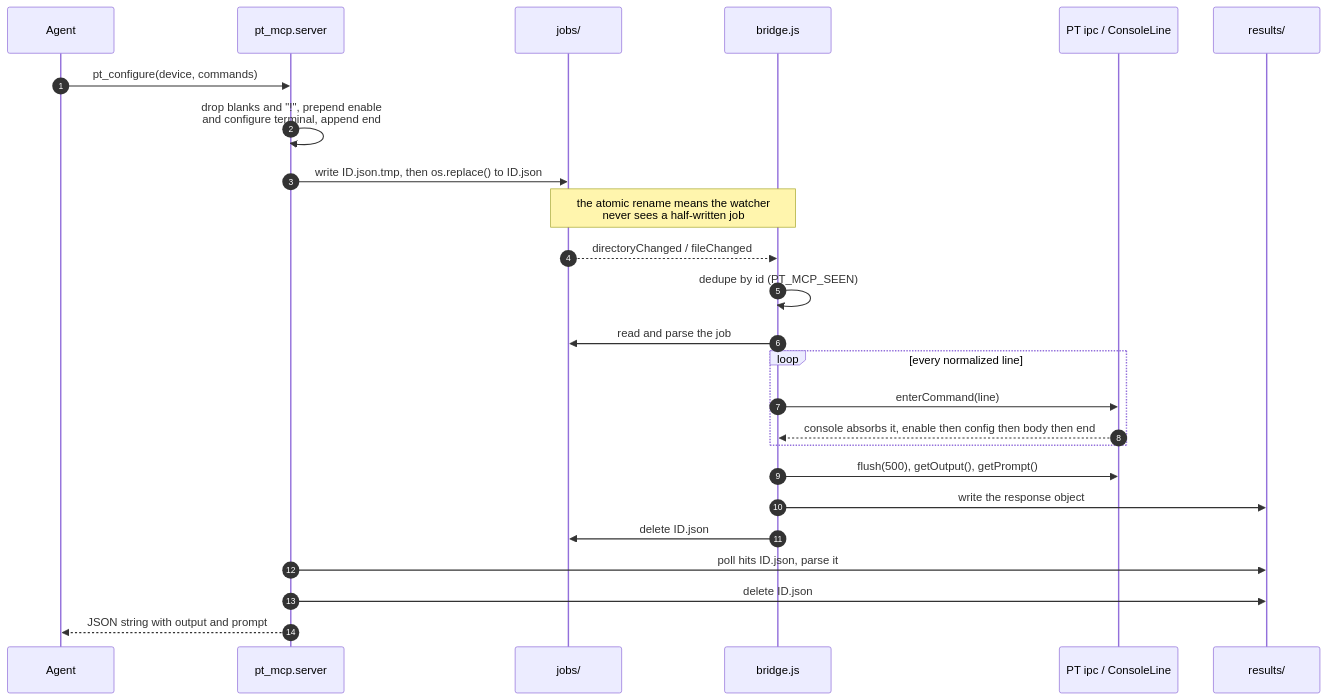
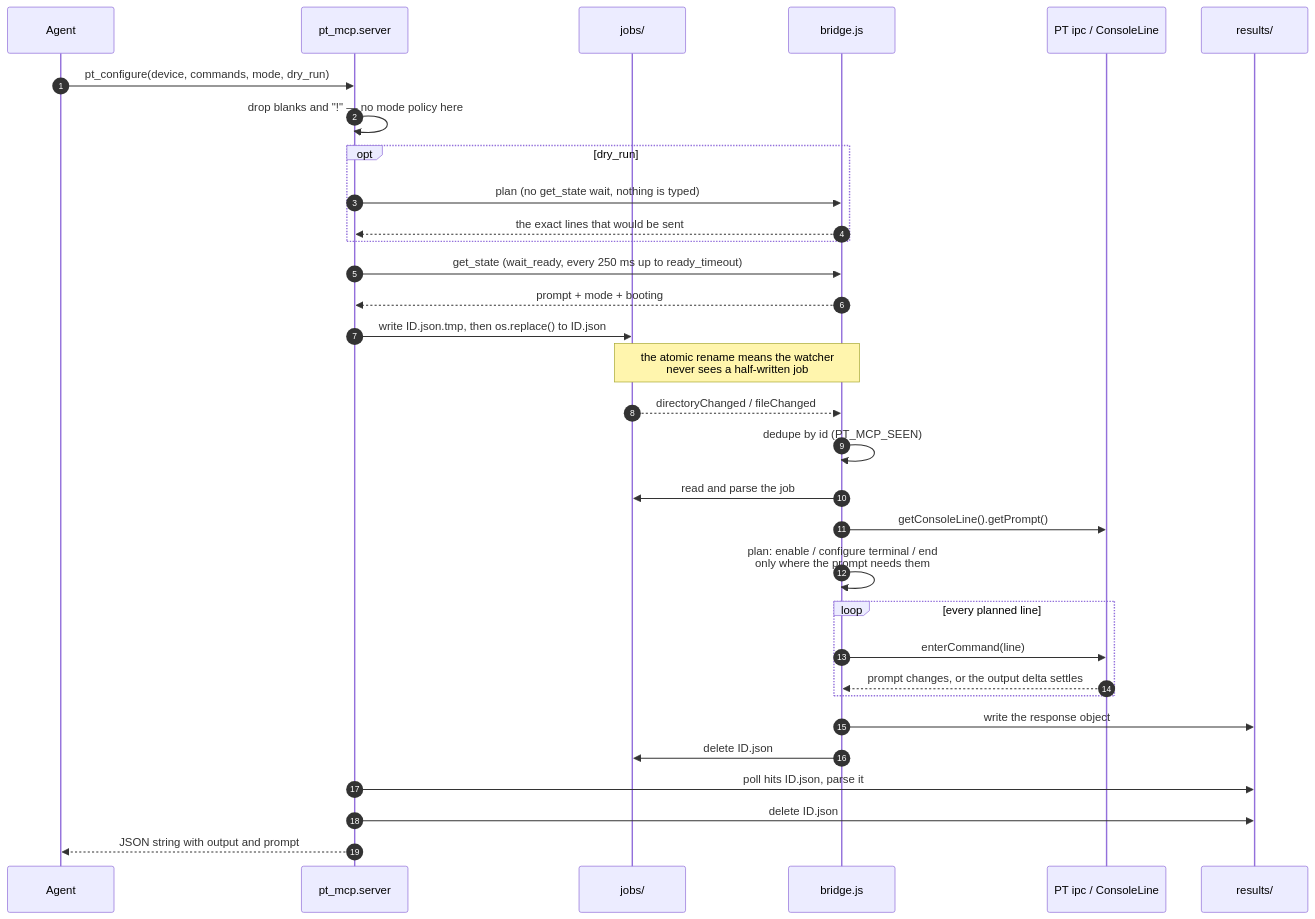
The second of 2 diagrams in docs/architecture.md (psampir/packet-tracer-mcp), drawn with Mermaid before and after one commit. The commit also changed other lines of this file and 18 other files, not shown here.

````diff
--- a/docs/architecture.md
+++ b/docs/architecture.md
@@ -129,28 +130,35 @@
 ```mermaid
 sequenceDiagram
     autonumber
     participant A as Agent
     participant S as pt_mcp.server
     participant J as jobs/
     participant B as bridge.js
     participant P as PT ipc / ConsoleLine
     participant R as results/
 
-    A->>S: pt_configure(device, commands)
-    S->>S: drop blanks and "!", prepend enable<br/>and configure terminal, append end
+    A->>S: pt_configure(device, commands, mode, dry_run)
+    S->>S: drop blanks and "!" — no mode policy here
+    opt dry_run
+        S->>B: plan (no get_state wait, nothing is typed)
+        B-->>S: the exact lines that would be sent
+    end
+    S->>B: get_state (wait_ready, every 250 ms up to ready_timeout)
+    B-->>S: prompt + mode + booting
     S->>J: write ID.json.tmp, then os.replace() to ID.json
     Note over J,B: the atomic rename means the watcher<br/>never sees a half-written job
     J-->>B: directoryChanged / fileChanged
     B->>B: dedupe by id (PT_MCP_SEEN)
     B->>J: read and parse the job
-    loop every normalized line
+    B->>P: getConsoleLine().getPrompt()
+    B->>B: plan: enable / configure terminal / end<br/>only where the prompt needs them
+    loop every planned line
         B->>P: enterCommand(line)
-        P-->>B: console absorbs it, enable then config then body then end
+        P-->>B: prompt changes, or the output delta settles
     end
-    B->>P: flush(500), getOutput(), getPrompt()
     B->>R: write the response object
     B->>J: delete ID.json
     S->>R: poll hits ID.json, parse it
     S->>R: delete ID.json
     S-->>A: JSON string with output and prompt
 ```
````
